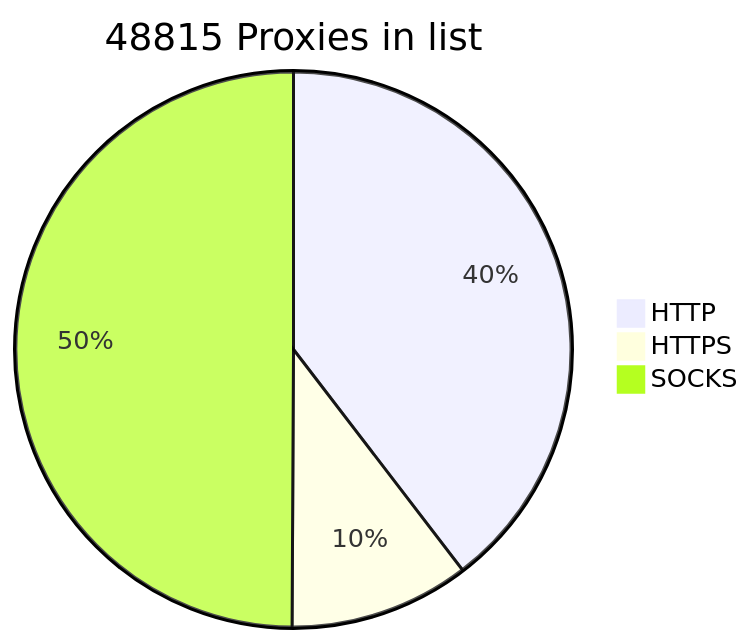
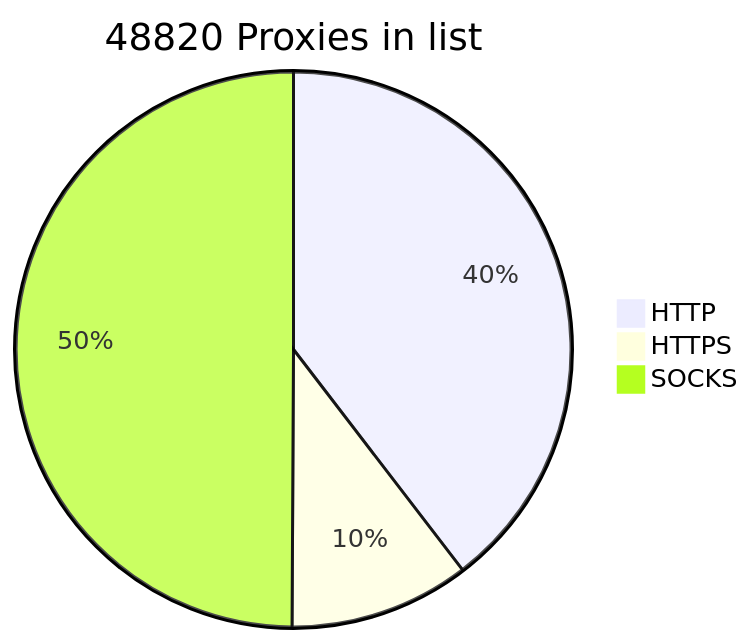
The diagram in README.md (BlackSnowDot/proxylist-update-every-minute), drawn with Mermaid before and after one commit.

````diff
--- a/README.md
+++ b/README.md
@@ -2,6 +2,6 @@
 ```mermaid
-pie title 48815 Proxies in list
+pie title 48820 Proxies in list
     "HTTP" : 21300
-    "HTTPS": 5644
-    "SOCKS" : 26856
+    "HTTPS": 5648
+    "SOCKS" : 26858
 ```
````
